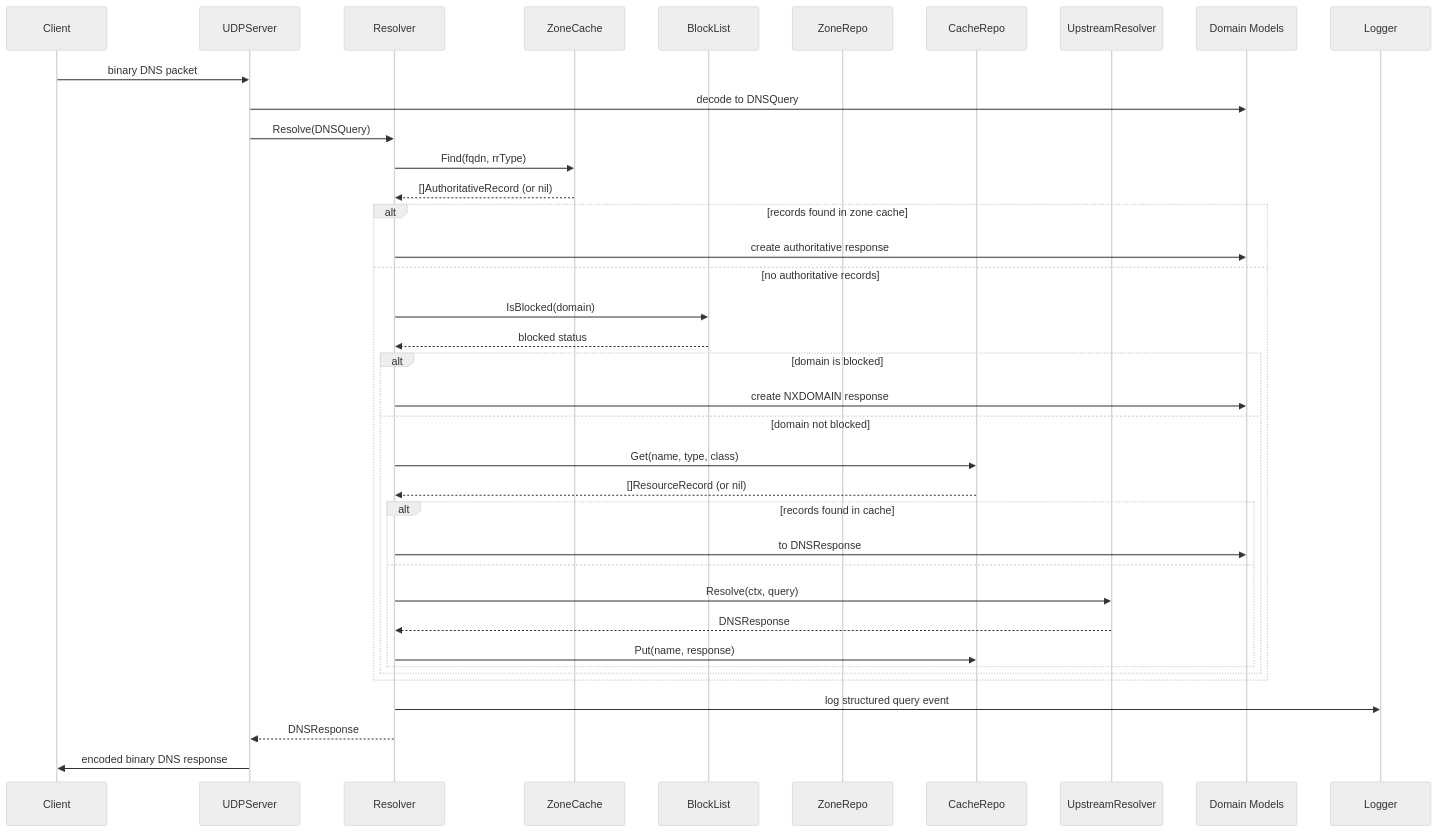
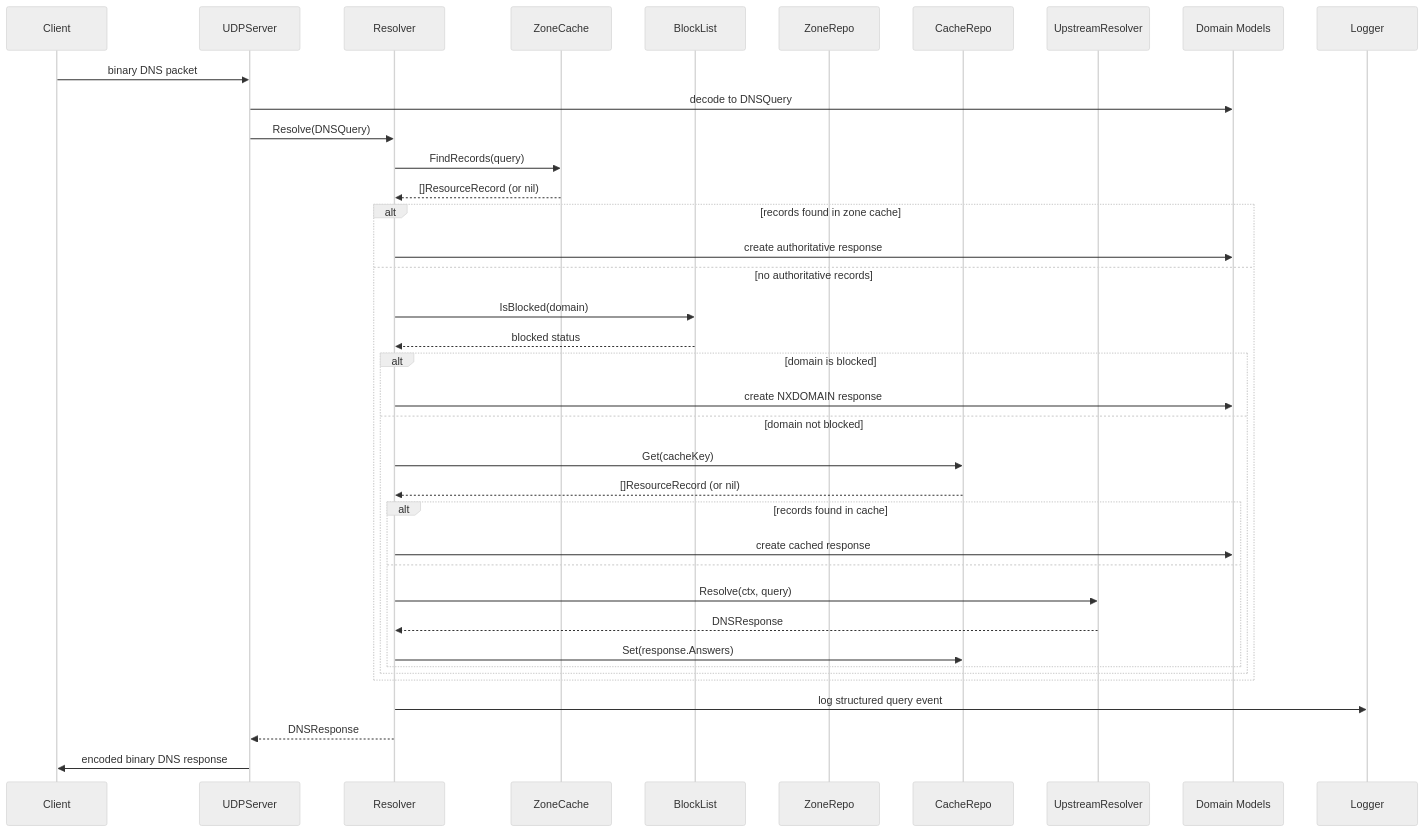
The seventh of 9 diagrams in docs/arc42.md (haukened/rr-dns), drawn with Mermaid (neutral theme) before and after one commit. The commit also changed other lines of this file and 8 other files, not shown here.

````diff
--- a/docs/arc42.md
+++ b/docs/arc42.md
@@ -643,44 +737,44 @@
 ```mermaid
 sequenceDiagram
     participant Client
     participant UDPServer
     participant Resolver
     participant ZoneCache
     participant BlockList
     participant ZoneRepo
     participant CacheRepo
     participant UpstreamResolver
     participant Domain as Domain Models
 
     Client->>UDPServer: binary DNS packet
     UDPServer->>Domain: decode to DNSQuery
     UDPServer->>Resolver: Resolve(DNSQuery)
 
-    Resolver->>ZoneCache: Find(fqdn, rrType)
-    ZoneCache-->>Resolver: []AuthoritativeRecord (or nil)
+    Resolver->>ZoneCache: FindRecords(query)
+    ZoneCache-->>Resolver: []ResourceRecord (or nil)
 
     alt records found in zone cache
         Resolver->>Domain: create authoritative response
     else no authoritative records
         Resolver->>BlockList: IsBlocked(domain)
         BlockList-->>Resolver: blocked status
         
         alt domain is blocked
             Resolver->>Domain: create NXDOMAIN response
         else domain not blocked
-            Resolver->>CacheRepo: Get(name, type, class)
+            Resolver->>CacheRepo: Get(cacheKey)
             CacheRepo-->>Resolver: []ResourceRecord (or nil)
             alt records found in cache
-                Resolver->>Domain: to DNSResponse
+                Resolver->>Domain: create cached response
             else
                 Resolver->>UpstreamResolver: Resolve(ctx, query)
                 UpstreamResolver-->>Resolver: DNSResponse
-                Resolver->>CacheRepo: Put(name, response)
+                Resolver->>CacheRepo: Set(response.Answers)
             end
         end
     end
 
     Resolver->>Logger: log structured query event
     Resolver-->>UDPServer: DNSResponse
     UDPServer->>Client: encoded binary DNS response
 ```
````
